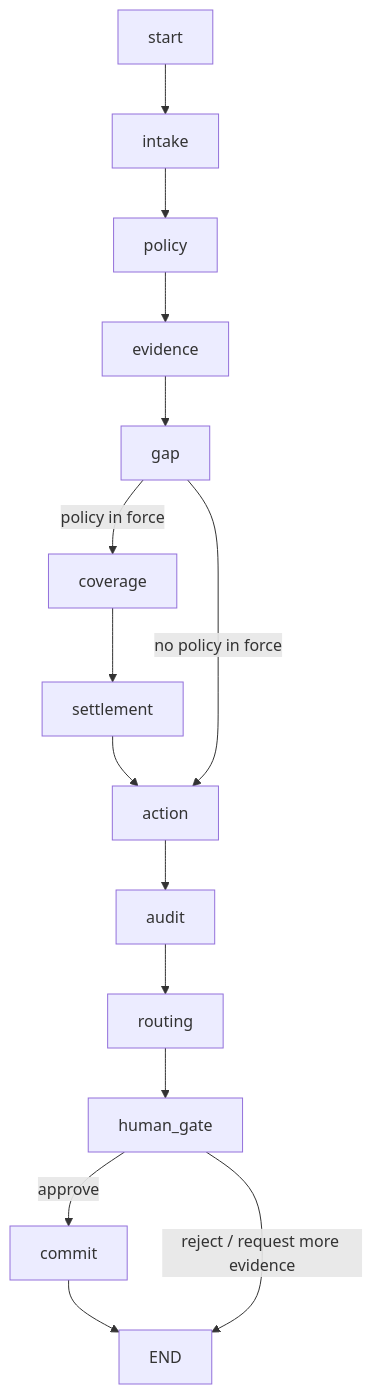
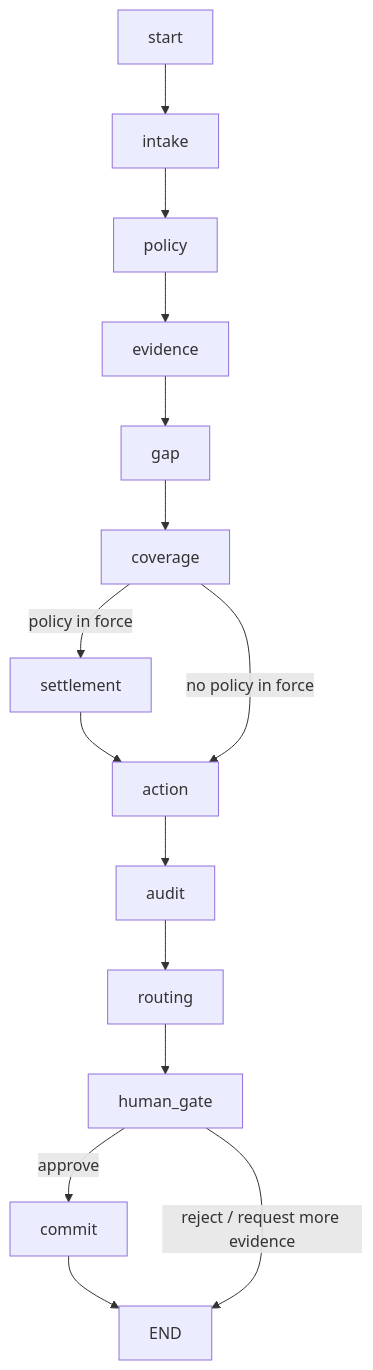
One commit to SatyasaiNandigam/OmniClaimIntelligence changed the diagram in docs/orchestration.md. Above: the diagram before and after it, drawn with Mermaid. The commit also changed other lines of this file and 174 other files, not shown here.

````diff
--- a/docs/orchestration.md
+++ b/docs/orchestration.md
@@ -9,9 +9,10 @@
 ```mermaid
 graph TD;
     start --> intake --> policy --> evidence --> gap;
-    gap -->|policy in force| coverage --> settlement --> action;
-    gap -->|no policy in force| action;
+    gap --> coverage;
+    coverage -->|policy in force| settlement --> action;
+    coverage -->|no policy in force| action;
     action --> audit --> routing --> human_gate;
     human_gate -->|approve| commit --> END;
     human_gate -->|reject / request more evidence| END;
 ```
````
